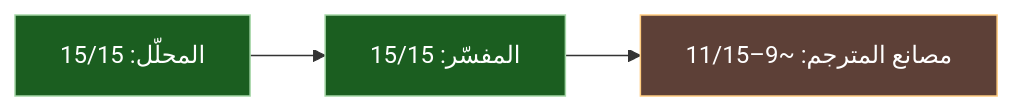
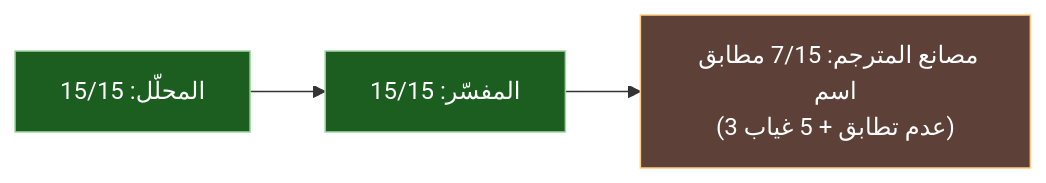
One commit to sadlang/sadlang-planning changed the second of 5 diagrams in projects/graphics-sadui/plan/كتالوج-العناصر-ومصفوفة-الاختبار.md. Above: the diagram before and after it, drawn with Mermaid. The commit also changed other lines of this file, not shown here.

First line of the commit message:
graphics-sadui: مراجعة Amelia للكتالوج — حسم 7/15 وعائلة تباعد الأسماء

````diff
--- a/projects/graphics-sadui/plan/كتالوج-العناصر-ومصفوفة-الاختبار.md
+++ b/projects/graphics-sadui/plan/كتالوج-العناصر-ومصفوفة-الاختبار.md
@@ -54,6 +58,6 @@
 ```mermaid
 flowchart LR
-    P["المحلّل: 15/15"]:::ok --> I["المفسّر: 15/15"]:::ok --> C["مصانع المترجم: ~9–11/15"]:::part
+    P["المحلّل: 15/15"]:::ok --> I["المفسّر: 15/15"]:::ok --> C["مصانع المترجم: 7/15 مطابق اسم\n(3 عدم تطابق + 5 غياب)"]:::part
     classDef ok fill:#1b5e20,stroke:#a5d6a7,color:#fff;
     classDef part fill:#5d4037,stroke:#ffcc80,color:#fff;
 ```
````
